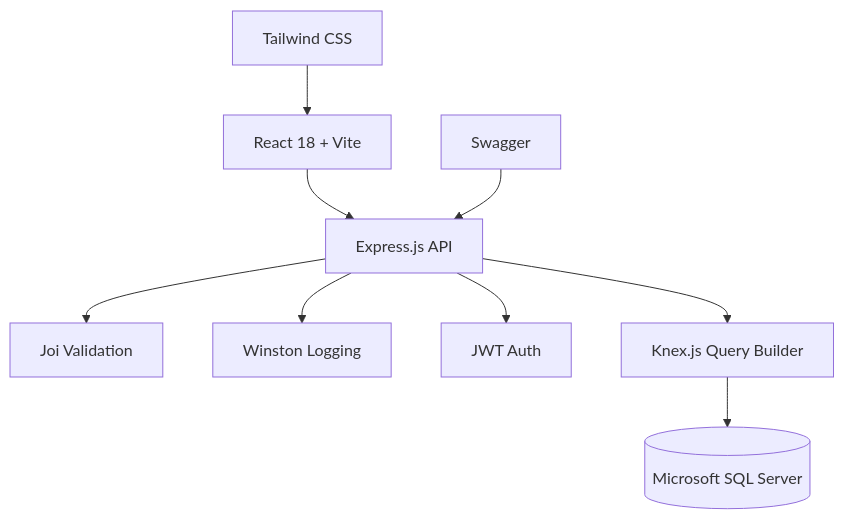
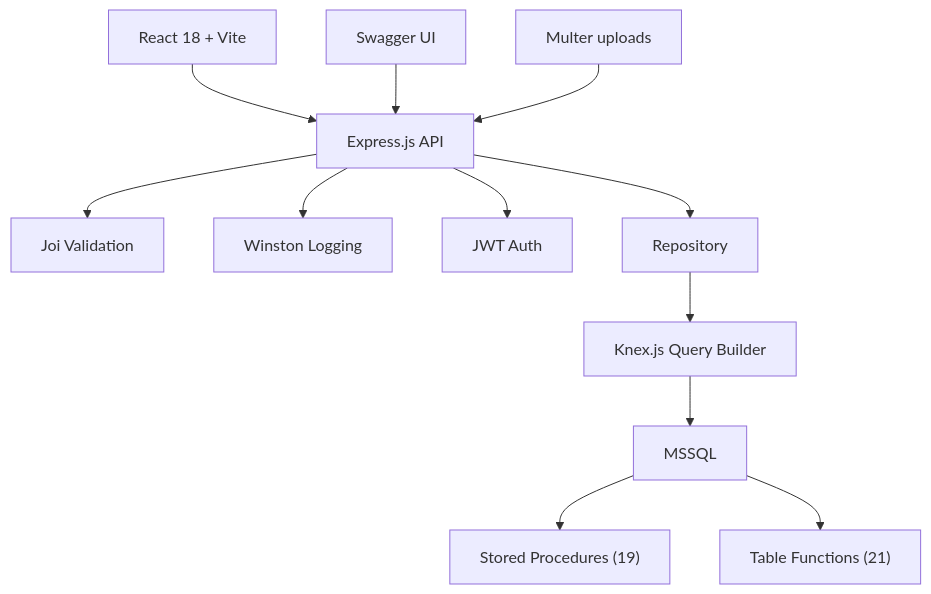
One commit to raihanachmad8/portofolio changed the first of 3 diagrams in src/content/projects/cat-stories.mdx. Above: the diagram before and after it, drawn with Mermaid. The commit also changed other lines of this file and 16 other files, not shown here.

First line of the commit message:
feat: enrich all 11 project MDX with verified data and diagrams

````diff
--- a/src/content/projects/cat-stories.mdx
+++ b/src/content/projects/cat-stories.mdx
@@ -56,11 +51,14 @@
 ```mermaid
 flowchart TD
     A["React 18 + Vite"] --> B["Express.js API"]
     B --> C["Joi Validation"]
     B --> D["Winston Logging"]
     B --> E["JWT Auth"]
-    B --> F["Knex.js Query Builder"]
-    F --> G[("Microsoft SQL Server")]
-    H["Swagger"] --> B
-    I["Tailwind CSS"] --> A
+    B --> F["Repository"]
+    F --> G["Knex.js Query Builder"]
+    G --> H["MSSQL"]
+    H --> I["Stored Procedures (19)"]
+    H --> J["Table Functions (21)"]
+    K["Swagger UI"] --> B
+    L["Multer uploads"] --> B
 ```
````
